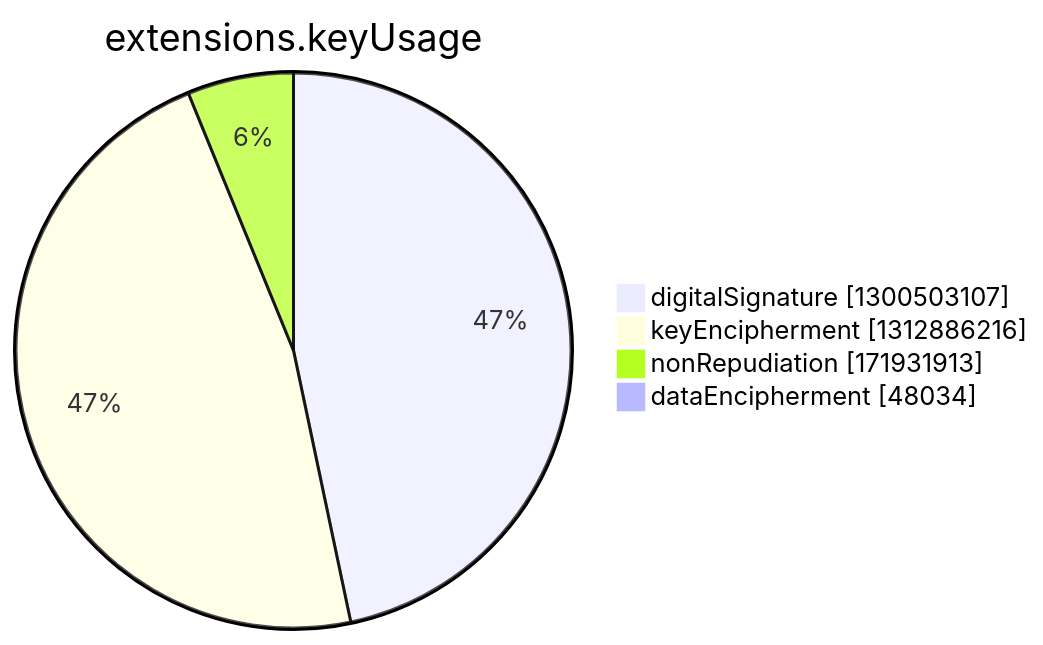
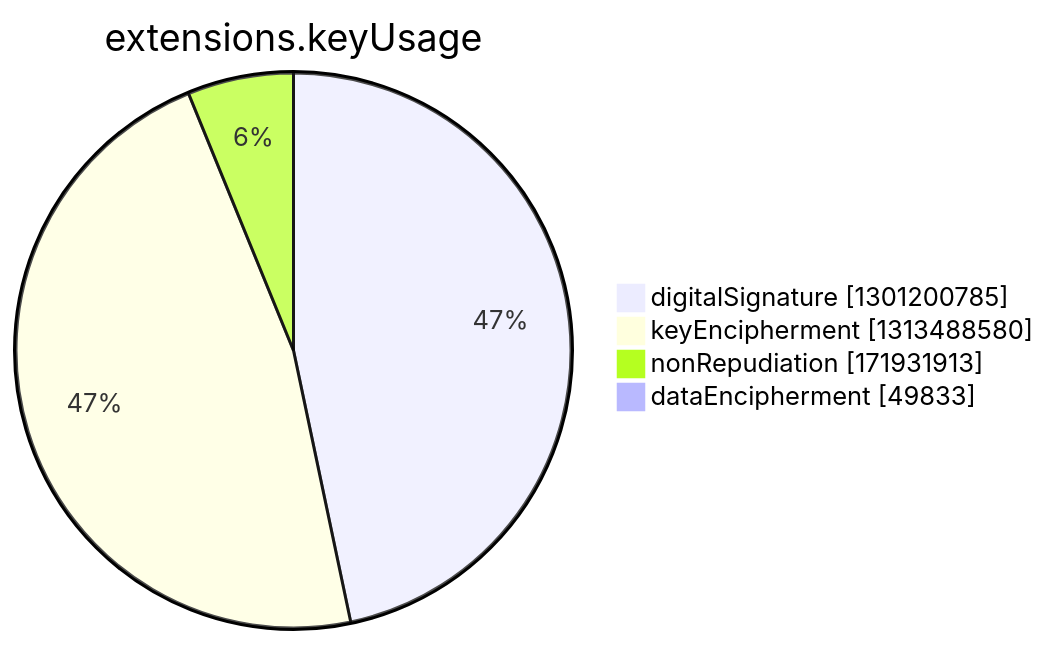
The seventh of 15 diagrams in argon2022/README.md (christiankrug/ctmonitor_visualization), drawn with Mermaid before and after one commit. The commit also changed other lines of this file, not shown here.

````diff
--- a/argon2022/README.md
+++ b/argon2022/README.md
@@ -2749,8 +2749,8 @@
 ```mermaid
 pie showData
 title extensions.keyUsage
-"digitalSignature" :1300503107
-"keyEncipherment" :1312886216
+"digitalSignature" :1301200785
+"keyEncipherment" :1313488580
 "nonRepudiation" :171931913
-"dataEncipherment" :48034
+"dataEncipherment" :49833
 ```
````
